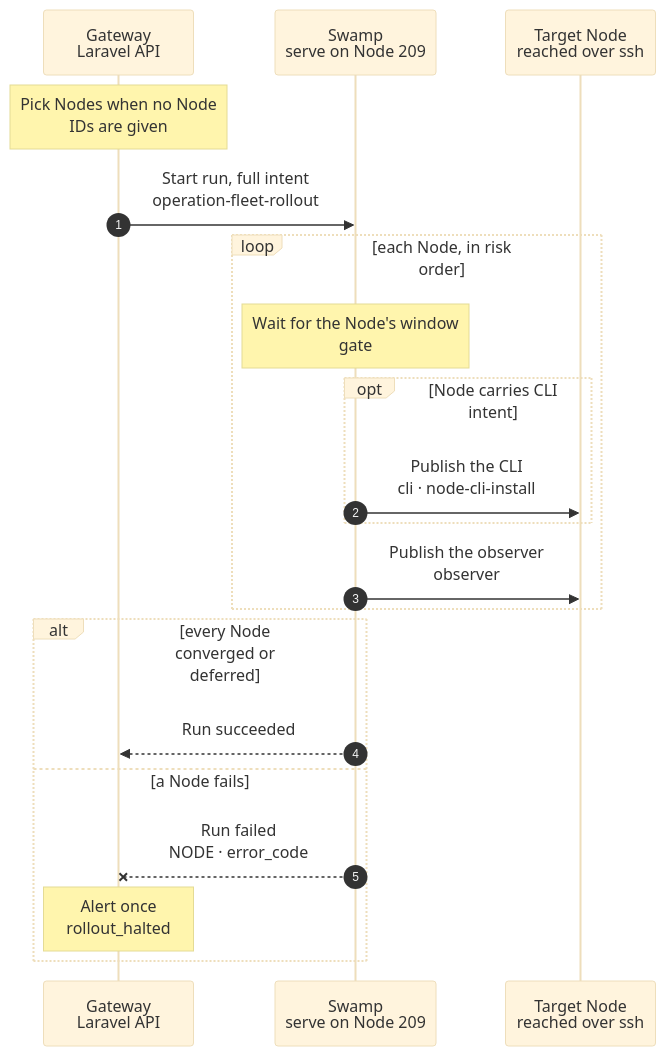
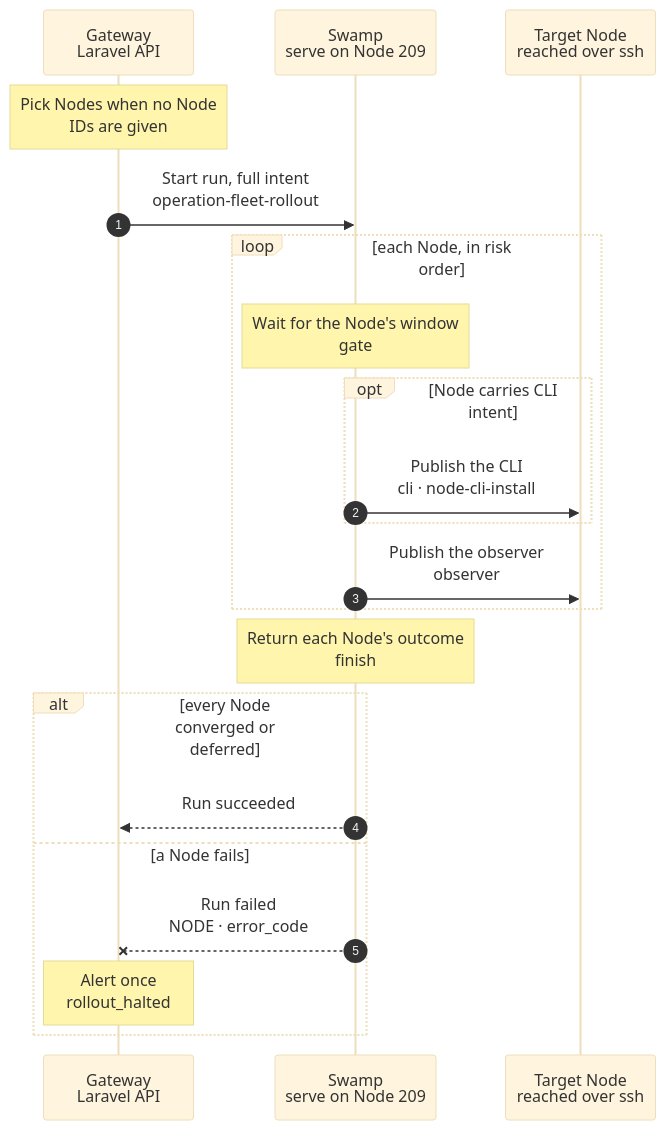
One commit to hardimpactdev/orbit changed the diagram in docs/cli/fleet/rollout.mmd. Above: the diagram before and after it, drawn with Mermaid (base theme). The commit also changed 2 other files, not shown here.

Commit message:
docs(fleet): specify admitted release inputs and native results
Amp-Thread-ID: https://ampcode.com/threads/T-01a1eb5d-c6a3-709c-b7f0-b257af61f78f

```diff
--- a/docs/cli/fleet/rollout.mmd
+++ b/docs/cli/fleet/rollout.mmd
@@ -1,61 +1,66 @@
 sequenceDiagram
   %% Each Node visit runs fleet-release-node: gate, CLI install when needed, record, pinned observer. It applies no role; a role changes only through node:converge. R3c: no rollout records, Swamp run history is the record. docs/reference/gateway-recovery.md#fleet-rollout.
   %% status: draft
   %% command: orbit fleet:rollout
   %% kind: fleet.rollout
   autonumber
   %% lane GW icon=gateway pill=intent tone=blue
   %% lane SW icon=workflow pill=executes tone=green
   %% lane N icon=server pill=target tone=amber
   participant GW as Gateway<br/>Laravel API
   participant SW as Swamp<br/>serve on Node 209
   participant N as Target Node<br/>reached over ssh
   Note over GW: Pick Nodes when no Node<br/>IDs are given
   %%> When:
   %%> - when the Gateway records a release `verified`: it queues one admission
   %%> - once a day at 03:05 Europe/Amsterdam, when the window of the other Nodes opens; the schedule only queues the admission
   %%> - when an operator runs `orbit fleet:rollout`
   %%> - always while `ORBIT_FLEET_ROLLOUT=true`, and only for a commit whose Gateway release is verified
   %%> Decided by the orchestrator, for Nick's review:
   %%> - the verified release admits the rollout, as `gateway:release:deploy` says; the deleted `fleet-maintenance` schedule did it each minute until 2026-11-06
   %%> - most releases land outside the window, so a daily pass at window open visits the Nodes they deferred
   %%> - the admission waits while another rollout runs; Nodes without CLI intent need no CLI release
   %%> - a Node with CLI intent waits for its CLI release; the admission keeps its one-minute retry after admitting other Nodes
   %%> Picks:
   %%> - a Node whose last visit for this commit did not converge it, a drifted Node, or a Node not visited yet
   %%> - at most once per 5 minutes per Node; the last visit is read from earlier rollout results
   %%> - no Node after a failed Node that still waits its 5 minutes
   %%> - in risk order: `app-dev`, then `ci-runner` `metrics` `analytics`, then `database` `websocket` `vpn` `router`, then `app-prod` `ingress`
   GW->>SW: Start run, full intent<br/>operation-fleet-rollout
   %%> Input:
-  %%> - the commit, the agent pin and each picked Node; CLI intent only for Nodes that require it
+  %%> - each picked Node with its agent pin; CLI intent only for Nodes that require it
+  %%> - the commit stays on the Gateway for visit history and alerts; steps never fetch intent or post results
   %%> Requirements:
   %%> - no other rollout is running
   loop each Node, in risk order
     Note over SW: Wait for the Node's window<br/>gate
     %%> Why:
     %%> - `app-dev`-only Nodes go at any hour; others only 03:00–06:00 Europe/Amsterdam
     %%> - a closed window defers the Node to a later pass; it is not a failure
     opt Node carries CLI intent
       SW->>N: Publish the CLI<br/>cli · node-cli-install
       %%> What it does:
       %%> - the Gateway uses the shared CLI eligibility rule; failed publication stops this Node
     end
     SW->>N: Publish the observer<br/>observer
     %%> What it does:
     %%> - a Node without CLI intent skips the CLI child and publishes its observer independently
     %%> - the running digest and active unit prove the pinned observer
   end
+  Note over SW: Return each Node's outcome<br/>finish
+  %%> What it does:
+  %%> - shapes one bounded result from child outputs; a native assertion fails the run when a Node failed
+  %%> - the Gateway's shared terminal reader captures the result, including when the run failed
   alt every Node converged or deferred
     SW-->>GW: Run succeeded
     %%> Result:
     %%> - the Operation result lists each Node's outcome; the next pass reads it
   else a Node fails
     SW--xGW: Run failed<br/>NODE · error_code
     %%> Why stop:
     %%> - later Nodes are not visited, so one bad release breaks at most one Node
     Note over GW: Alert once<br/>rollout_halted
     %%> Retry:
     %%> - fix the cause; the next pass (a verified release, the daily window pass or an operator) starts again at this Node
     %%> - retries raise no new alert for the same Node, commit and error
   end
```
